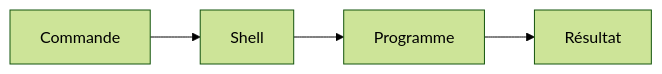
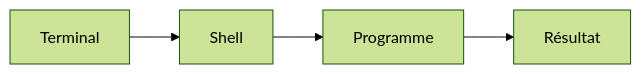
One commit to galsen-76/Informatique- changed the diagram in 03 — Concepts/Terminal.md. Above: the diagram before and after it, drawn with Mermaid (forest theme). The commit also changed other lines of this file, not shown here.

First line of the commit message:
Terminal : fiche réécrite, courte et claire (WSL, commandes de base, liens de la ligne 1)

````diff
--- a/03 — Concepts/Terminal.md
+++ b/03 — Concepts/Terminal.md
@@ -29,6 +22,4 @@
 ```mermaid
 flowchart LR
-  A[Commande] --> B[Shell]
-  B --> C[Programme]
-  C --> D[Résultat]
+  T[Terminal] --> S[Shell] --> P[Programme] --> R[Résultat]
 ```
````
